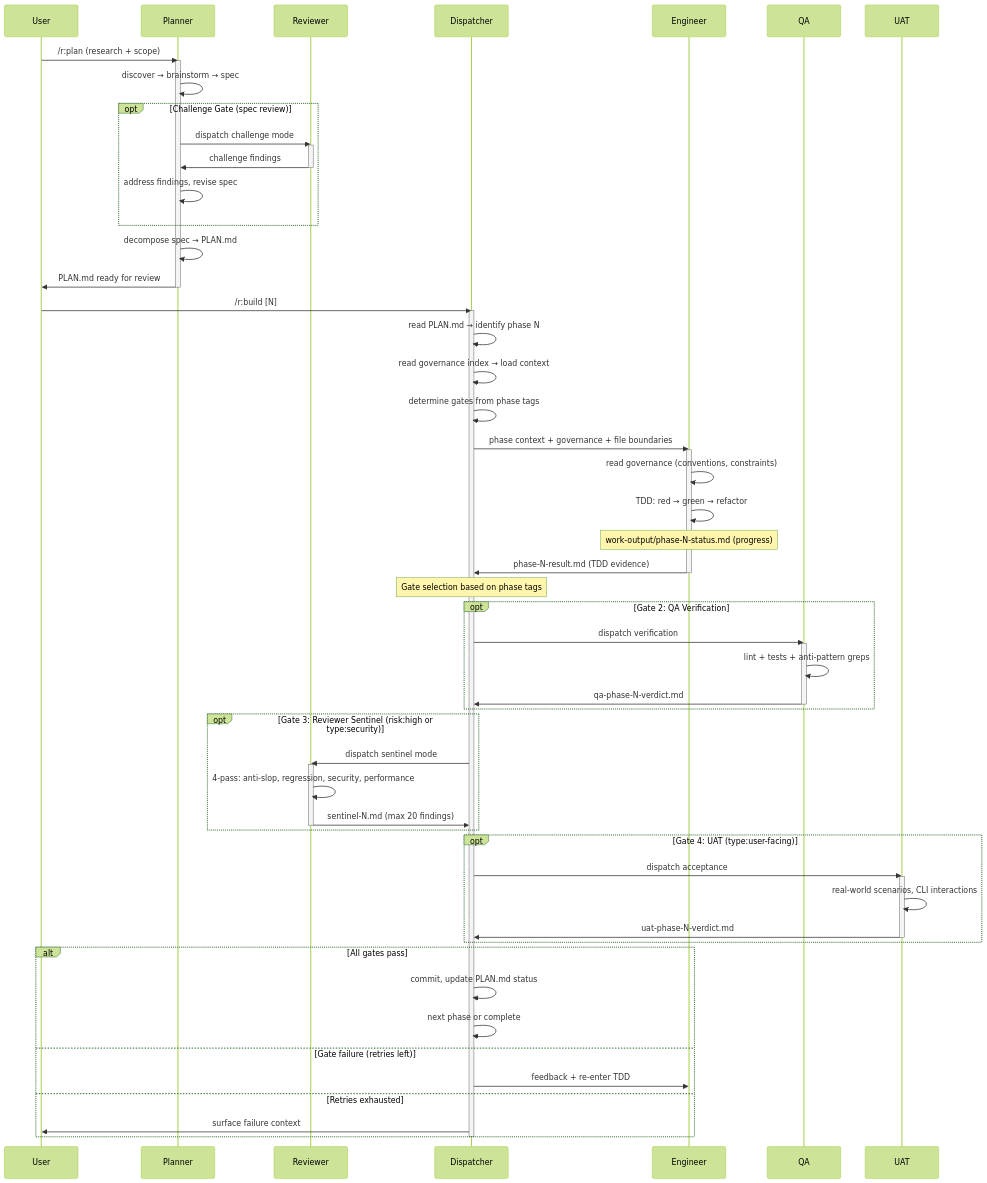
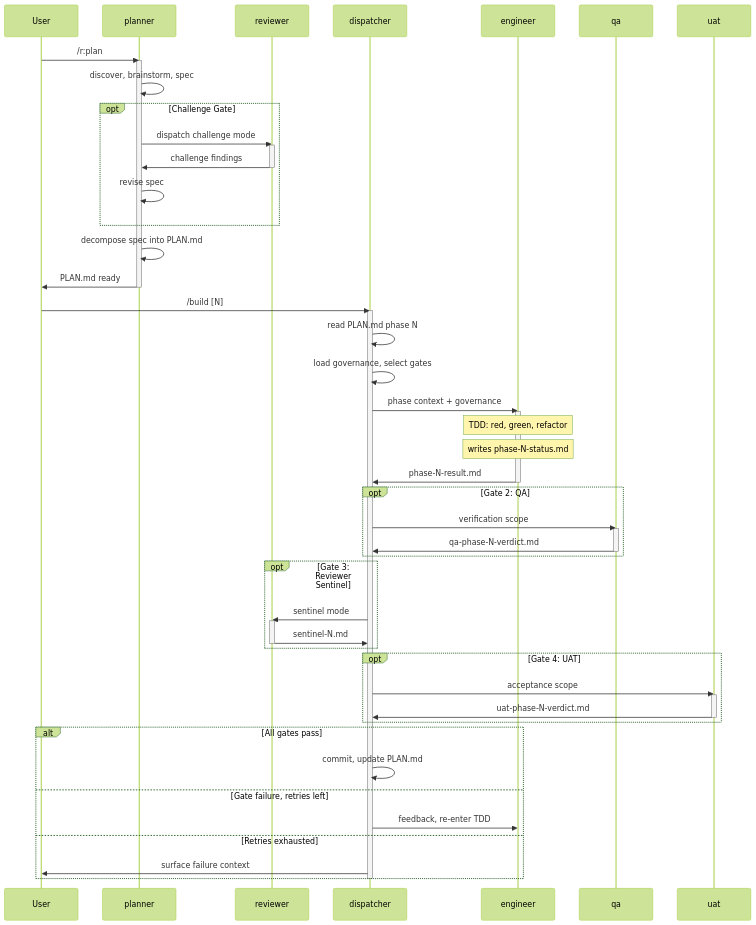
The fifth of 10 diagrams in reference/diagrams.md (rfxn/rdf), drawn with Mermaid (forest theme) before and after one commit. The commit also changed other lines of this file and 2 other files, not shown here.

First line of the commit message:
Fix diagram rendering, reorder logically, update framework reference for v3

````diff
--- a/reference/diagrams.md
+++ b/reference/diagrams.md
@@ -364,77 +227,69 @@
 ```mermaid
 sequenceDiagram
     participant User
-    participant Planner
-    participant Reviewer
-    participant Dispatcher
-    participant Engineer
-    participant QA
-    participant UAT
+    participant Planner as planner
+    participant Reviewer as reviewer
+    participant Dispatcher as dispatcher
+    participant Engineer as engineer
+    participant QA as qa
+    participant UAT as uat
 
-    User->>Planner: /r:plan (research + scope)
+    User->>Planner: /r:plan
     activate Planner
-    Planner->>Planner: discover → brainstorm → spec
+    Planner->>Planner: discover, brainstorm, spec
 
-    opt Challenge Gate (spec review)
+    opt Challenge Gate
         Planner->>Reviewer: dispatch challenge mode
         activate Reviewer
         Reviewer->>Planner: challenge findings
         deactivate Reviewer
-        Planner->>Planner: address findings, revise spec
+        Planner->>Planner: revise spec
     end
 
-    Planner->>Planner: decompose spec → PLAN.md
-    Planner->>User: PLAN.md ready for review
+    Planner->>Planner: decompose spec into PLAN.md
+    Planner->>User: PLAN.md ready
     deactivate Planner
 
-    User->>Dispatcher: /r:build [N]
+    User->>Dispatcher: /build [N]
     activate Dispatcher
-    Dispatcher->>Dispatcher: read PLAN.md → identify phase N
-    Dispatcher->>Dispatcher: read governance index → load context
-    Dispatcher->>Dispatcher: determine gates from phase tags
+    Dispatcher->>Dispatcher: read PLAN.md phase N
+    Dispatcher->>Dispatcher: load governance, select gates
 
-    Dispatcher->>Engineer: phase context + governance + file boundaries
+    Dispatcher->>Engineer: phase context + governance
     activate Engineer
-    Engineer->>Engineer: read governance (conventions, constraints)
-    Engineer->>Engineer: TDD: red → green → refactor
-    Note over Engineer: work-output/phase-N-status.md (progress)
-    Engineer->>Dispatcher: phase-N-result.md (TDD evidence)
+    Note over Engineer: TDD: red, green, refactor
+    Note over Engineer: writes phase-N-status.md
+    Engineer->>Dispatcher: phase-N-result.md
     deactivate Engineer
 
-    Note over Dispatcher: Gate selection based on phase tags
-
-    opt Gate 2: QA Verification
-        Dispatcher->>QA: dispatch verification
+    opt Gate 2: QA
+        Dispatcher->>QA: verification scope
         activate QA
-        QA->>QA: lint + tests + anti-pattern greps
         QA->>Dispatcher: qa-phase-N-verdict.md
         deactivate QA
     end
 
-    opt Gate 3: Reviewer Sentinel (risk:high or type:security)
-        Dispatcher->>Reviewer: dispatch sentinel mode
+    opt Gate 3: Reviewer Sentinel
+        Dispatcher->>Reviewer: sentinel mode
         activate Reviewer
-        Reviewer->>Reviewer: 4-pass: anti-slop, regression, security, performance
-        Reviewer->>Dispatcher: sentinel-N.md (max 20 findings)
+        Reviewer->>Dispatcher: sentinel-N.md
         deactivate Reviewer
     end
 
-    opt Gate 4: UAT (type:user-facing)
-        Dispatcher->>UAT: dispatch acceptance
+    opt Gate 4: UAT
+        Dispatcher->>UAT: acceptance scope
         activate UAT
-        UAT->>UAT: real-world scenarios, CLI interactions
         UAT->>Dispatcher: uat-phase-N-verdict.md
         deactivate UAT
     end
 
     alt All gates pass
-        Dispatcher->>Dispatcher: commit, update PLAN.md status
-        Dispatcher->>Dispatcher: next phase or complete
-    else Gate failure (retries left)
-        Dispatcher->>Engineer: feedback + re-enter TDD
+        Dispatcher->>Dispatcher: commit, update PLAN.md
+    else Gate failure, retries left
+        Dispatcher->>Engineer: feedback, re-enter TDD
     else Retries exhausted
         Dispatcher->>User: surface failure context
     end
 
     deactivate Dispatcher
 ```
````
